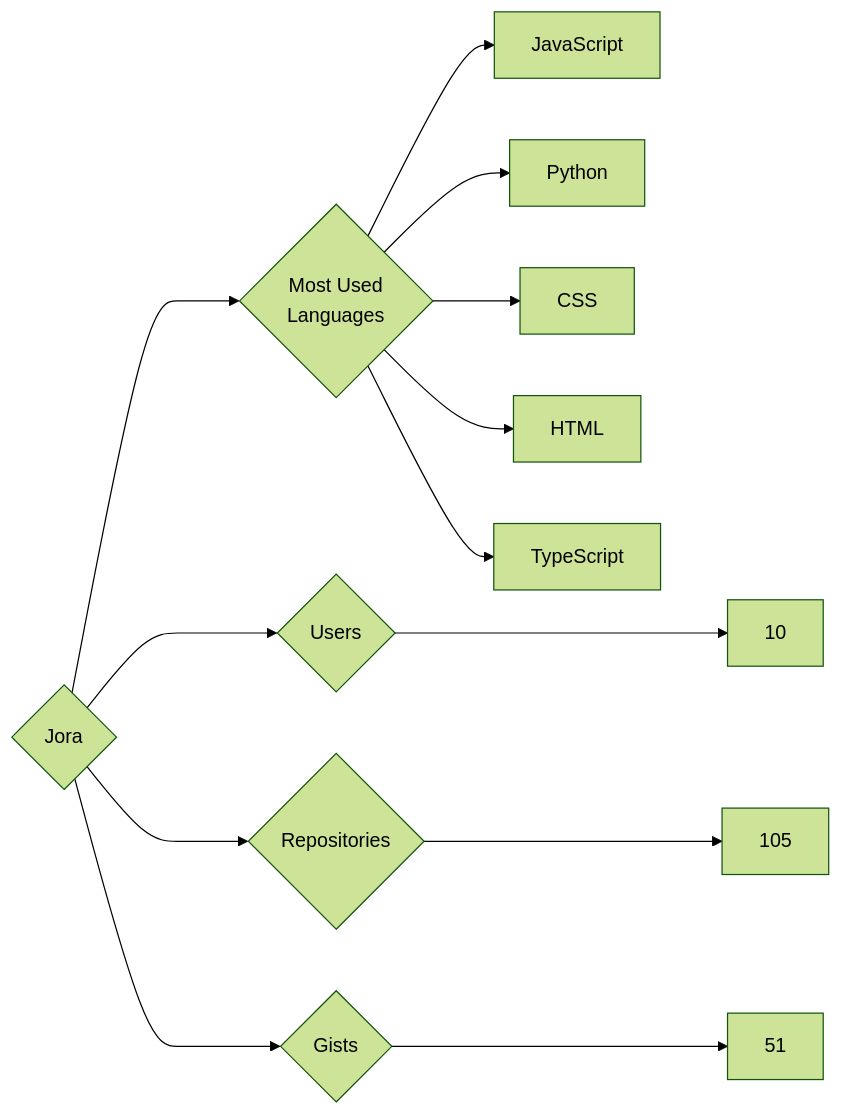
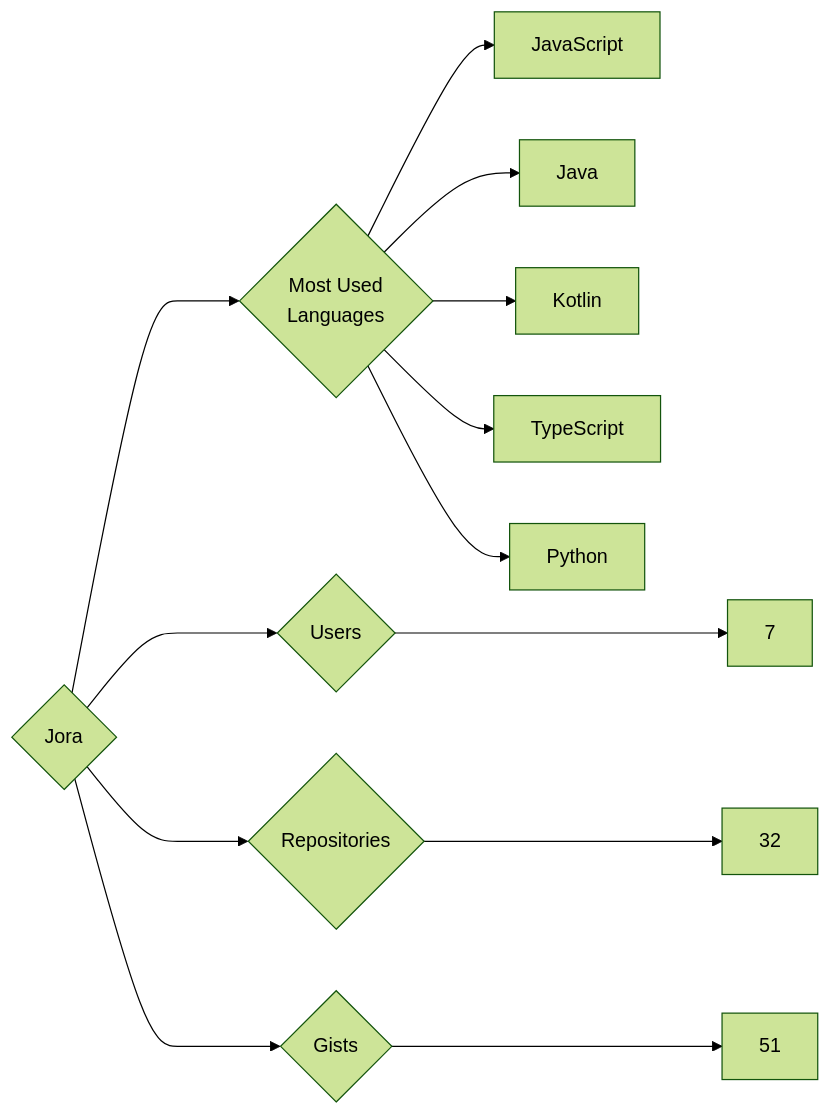
The diagram in targets/Jora/README.md (trickest/insiders), drawn with Mermaid (forest theme) before and after one commit. The commit also changed 682 other files, not shown here.

````diff
--- a/targets/Jora/README.md
+++ b/targets/Jora/README.md
@@ -3,13 +3,13 @@
 ```mermaid
 graph LR
 COMPANY_NAME{Jora}
-COMPANY_NAME ---> U{Users} ---> UN[10]
-COMPANY_NAME ---> R{Repositories} ---> RN[105]
+COMPANY_NAME ---> U{Users} ---> UN[7]
+COMPANY_NAME ---> R{Repositories} ---> RN[32]
 COMPANY_NAME ---> G{Gists} ---> GN[51]
 COMPANY_NAME ---> ML{Most Used<br>Languages}
 ML --> JavaScript[JavaScript]
+ML --> Java[Java]
+ML --> Kotlin[Kotlin]
+ML --> TypeScript[TypeScript]
 ML --> Python[Python]
-ML --> CSS[CSS]
-ML --> HTML[HTML]
-ML --> TypeScript[TypeScript]
 ```
````
